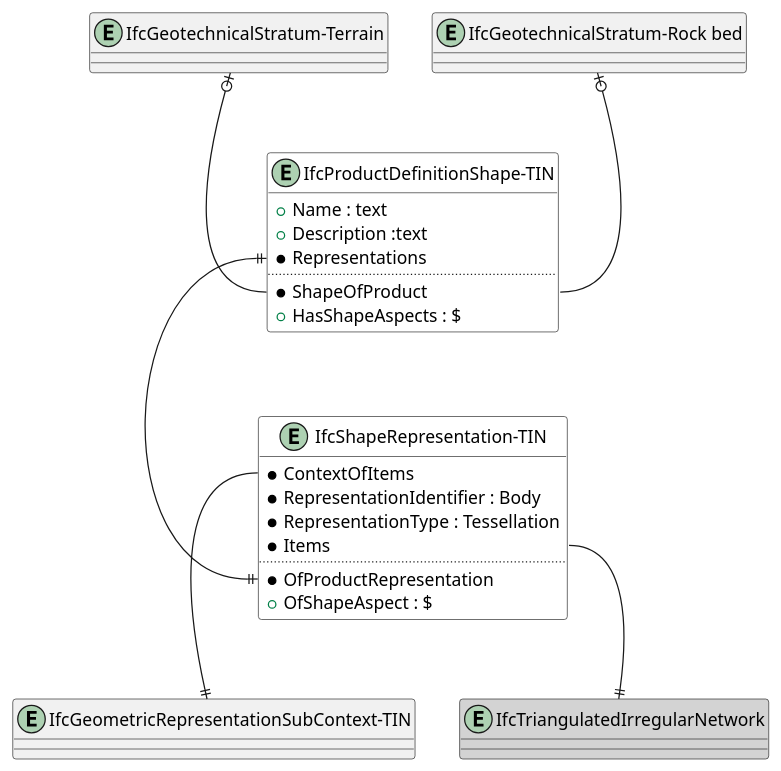
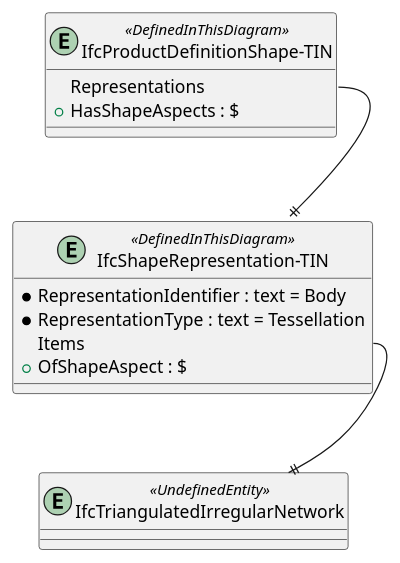
One commit to buildingSMART-Finland/RYTV-IFCRoute changed the diagram in diagrams/bsf-IfcProductDefinitionShape-TIN.pu. Above: the diagram before and after it, drawn with PlantUML. The commit also changed other lines of this file and 25 other files, not shown here.

```diff
--- a/diagrams/bsf-IfcProductDefinitionShape-TIN.pu
+++ b/diagrams/bsf-IfcProductDefinitionShape-TIN.pu
@@ -4,42 +1,23 @@
 @startuml 
 
-entity "IfcGeotechnicalStratum-Terrain"
-entity "IfcGeotechnicalStratum-Rock bed"
-
-entity "IfcGeometricRepresentationSubContext-TIN"
-
-entity "IfcProductDefinitionShape-TIN" #white
+entity "IfcProductDefinitionShape-TIN" <<DefinedInThisDiagram>>
 {
-  +Name : text
-  +Description :text
-  *Representations
-  ..
-  *ShapeOfProduct
+  Representations
   +HasShapeAspects : $
 }
 
-entity "IfcShapeRepresentation-TIN" #white
+entity "IfcShapeRepresentation-TIN" <<DefinedInThisDiagram>>
 {
-  *ContextOfItems
-  *RepresentationIdentifier : Body
-  *RepresentationType : Tessellation
-  *Items
-  ..
-  *OfProductRepresentation
+  *RepresentationIdentifier : text = Body
+  *RepresentationType : text = Tessellation
+  Items
   +OfShapeAspect : $
 }
 
-entity IfcTriangulatedIrregularNetwork #lightgray
+entity IfcTriangulatedIrregularNetwork <<UndefinedEntity>>
 
-
-"IfcGeotechnicalStratum-Terrain" |o-- "IfcProductDefinitionShape-TIN::ShapeOfProduct"
-"IfcGeotechnicalStratum-Rock bed" |o-- "IfcProductDefinitionShape-TIN::ShapeOfProduct"
-
-"IfcProductDefinitionShape-TIN::Representations" ||--|| "IfcShapeRepresentation-TIN::OfProductRepresentation"
+"IfcProductDefinitionShape-TIN::Representations" --|| "IfcShapeRepresentation-TIN::OfProductRepresentation"
 
 "IfcShapeRepresentation-TIN::Items"--||IfcTriangulatedIrregularNetwork
 
-"IfcShapeRepresentation-TIN::ContextOfItems"--||"IfcGeometricRepresentationSubContext-TIN"
-
-
 @enduml
```
